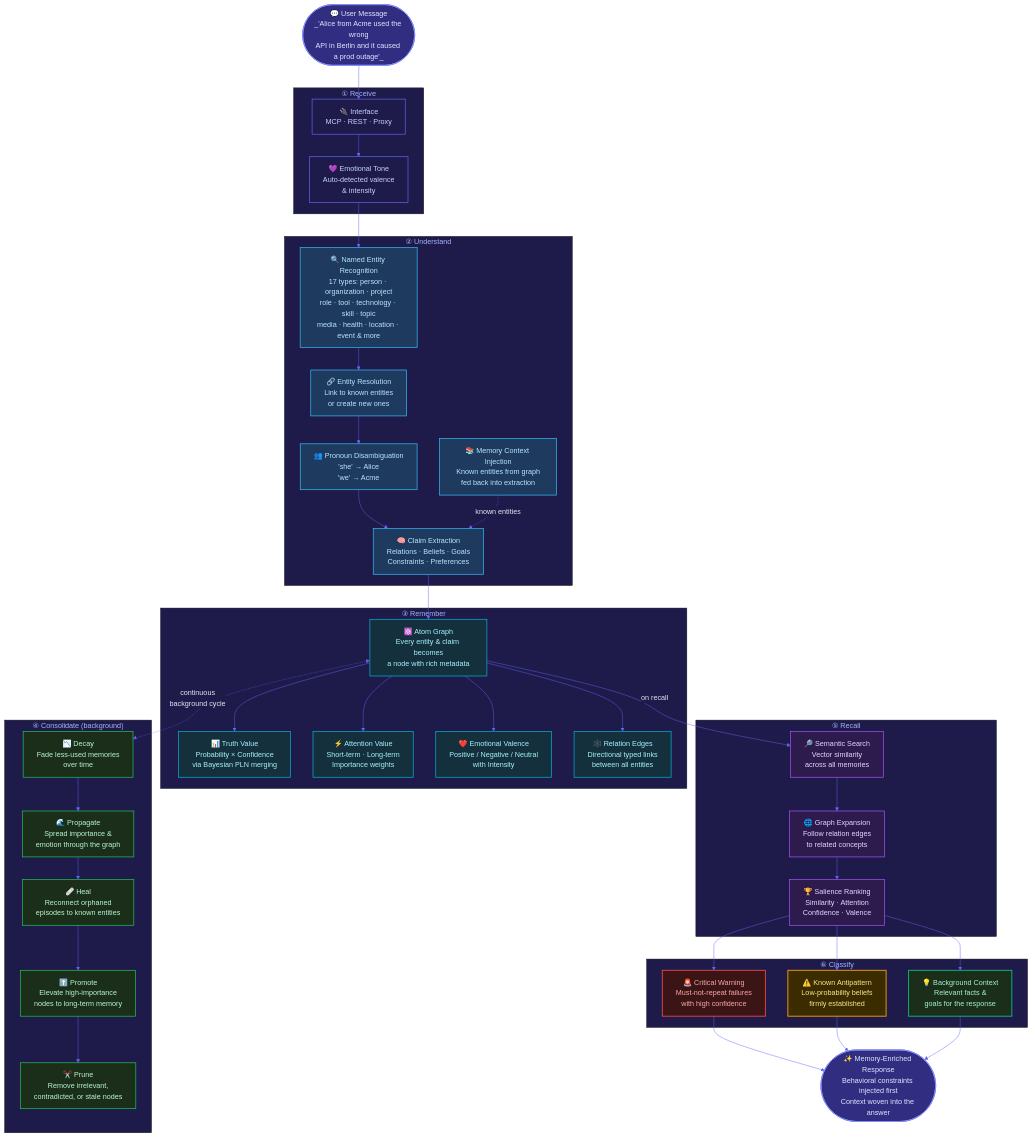
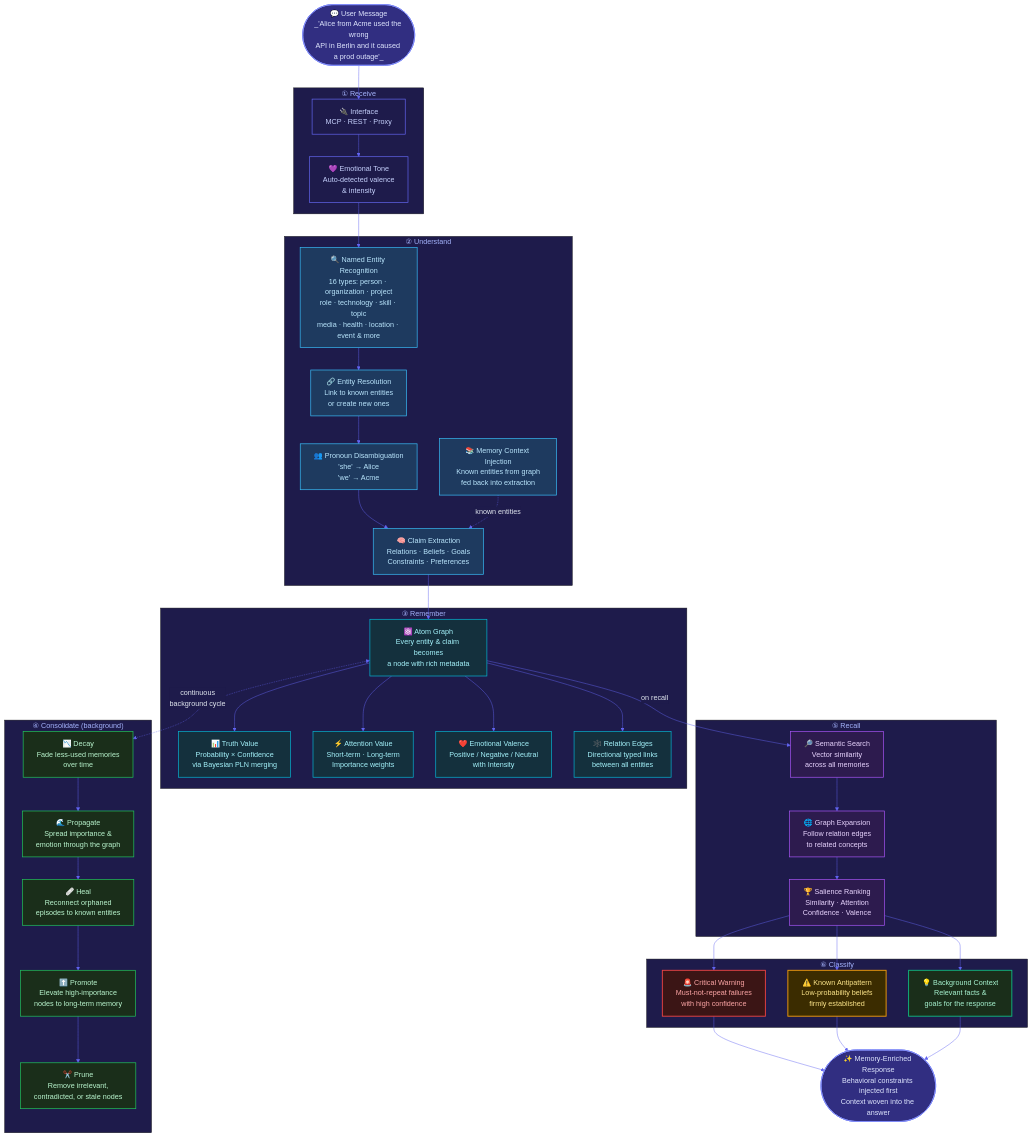
One commit to cyqlelabs/smrti changed the diagram in docs/pipeline.md. Above: the diagram before and after it, drawn with Mermaid. The commit also changed 5 other files, not shown here.

```diff
--- a/docs/pipeline.md
+++ b/docs/pipeline.md
@@ -27,7 +27,7 @@
     end
 
     subgraph UNDERSTAND ["  ② Understand  "]
-        NER["🔍 Named Entity Recognition\n17 types: person · organization · project\nrole · tool · technology · skill · topic\nmedia · health · location · event & more"]
+        NER["🔍 Named Entity Recognition\n16 types: person · organization · project\nrole · technology · skill · topic\nmedia · health · location · event & more"]
         RESOLVE["🔗 Entity Resolution\nLink to known entities\nor create new ones"]
         PRONOUNS["👥 Pronoun Disambiguation\n'she' → Alice\n'we' → Acme"]
         CLAIMS["🧠 Claim Extraction\nRelations · Beliefs · Goals\nConstraints · Preferences"]
```
